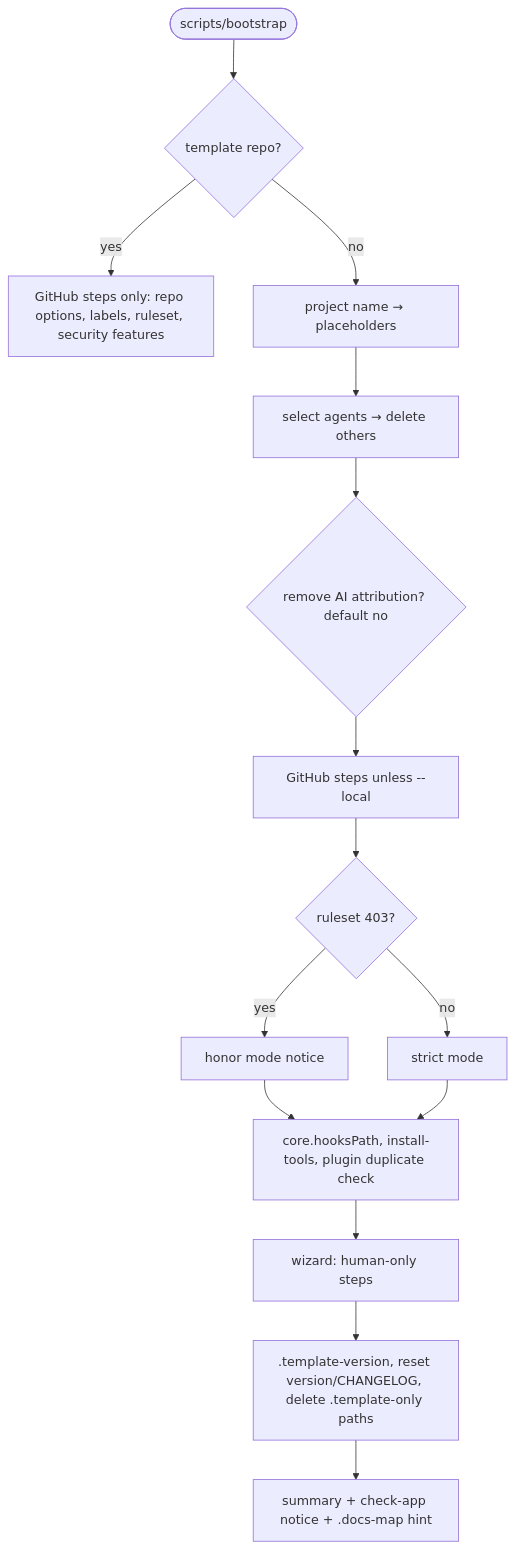
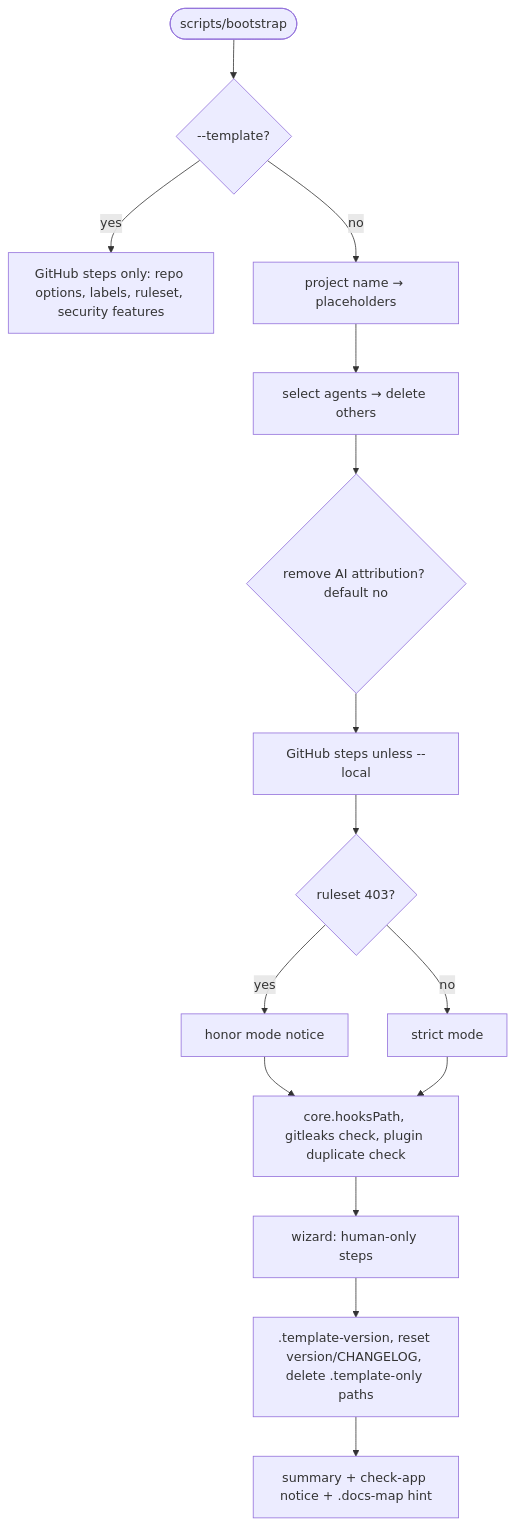
The fourth of 4 diagrams in specs/changes/1-bootstrap-template/design.md (balazsvrg/solo-harness), drawn with Mermaid before and after one commit. The commit also changed other lines of this file and 11 other files, not shown here.

First line of the commit message:
feat(bootstrap): add local project mode and make test-bootstrap (T10a)

````diff
--- a/specs/changes/1-bootstrap-template/design.md
+++ b/specs/changes/1-bootstrap-template/design.md
@@ -199,17 +200,17 @@
 ```mermaid
 flowchart TD
-  start([scripts/bootstrap]) --> mode{template repo?}
+  start([scripts/bootstrap]) --> mode{--template?}
   mode -- yes --> gh[GitHub steps only: repo options, labels, ruleset, security features]
   mode -- no --> name[project name → placeholders]
   name --> agents[select agents → delete others]
   agents --> attr{remove AI attribution? default no}
   attr --> gh2[GitHub steps unless --local]
   gh2 --> rs{ruleset 403?}
   rs -- yes --> honor[honor mode notice]
   rs -- no --> strict[strict mode]
   honor --> local
-  strict --> local[core.hooksPath, install-tools, plugin duplicate check]
+  strict --> local[core.hooksPath, gitleaks check, plugin duplicate check]
   local --> human[wizard: human-only steps]
   human --> clean[.template-version, reset version/CHANGELOG, delete .template-only paths]
   clean --> summary[summary + check-app notice + .docs-map hint]
 ```
````
